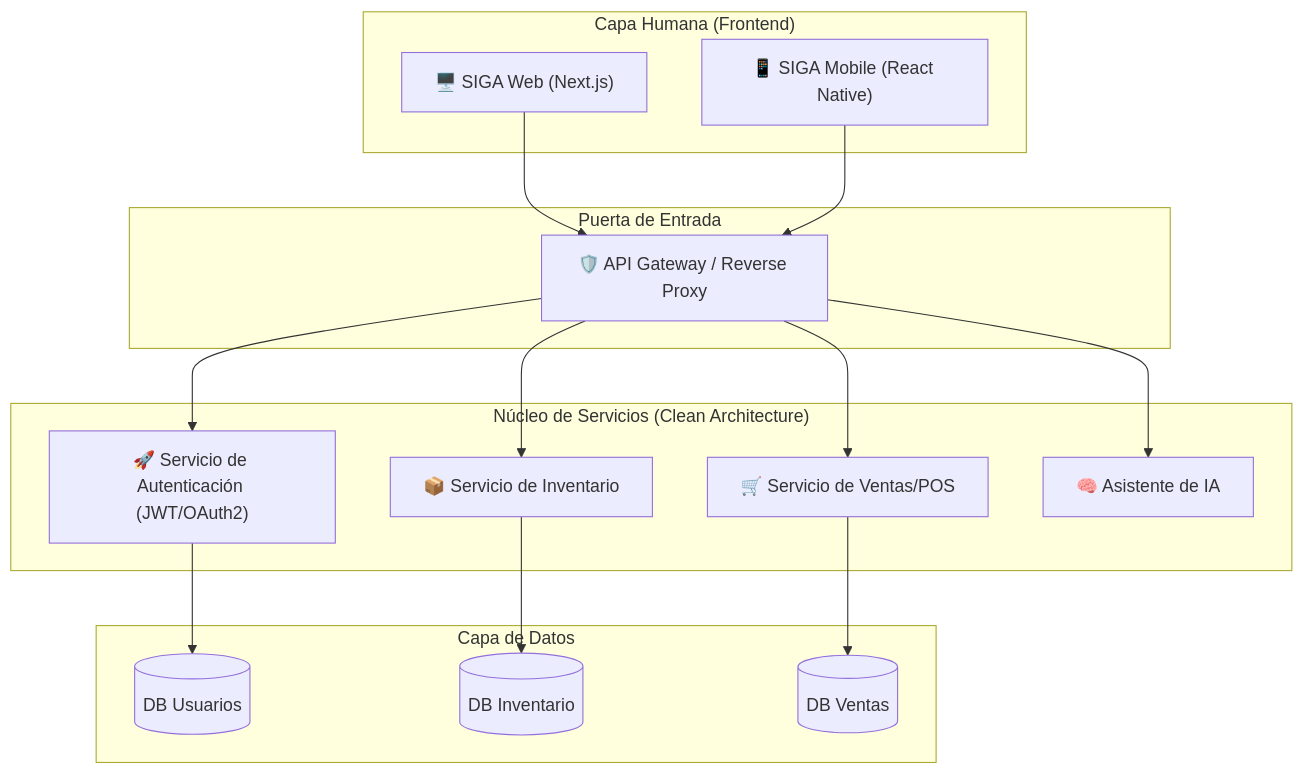
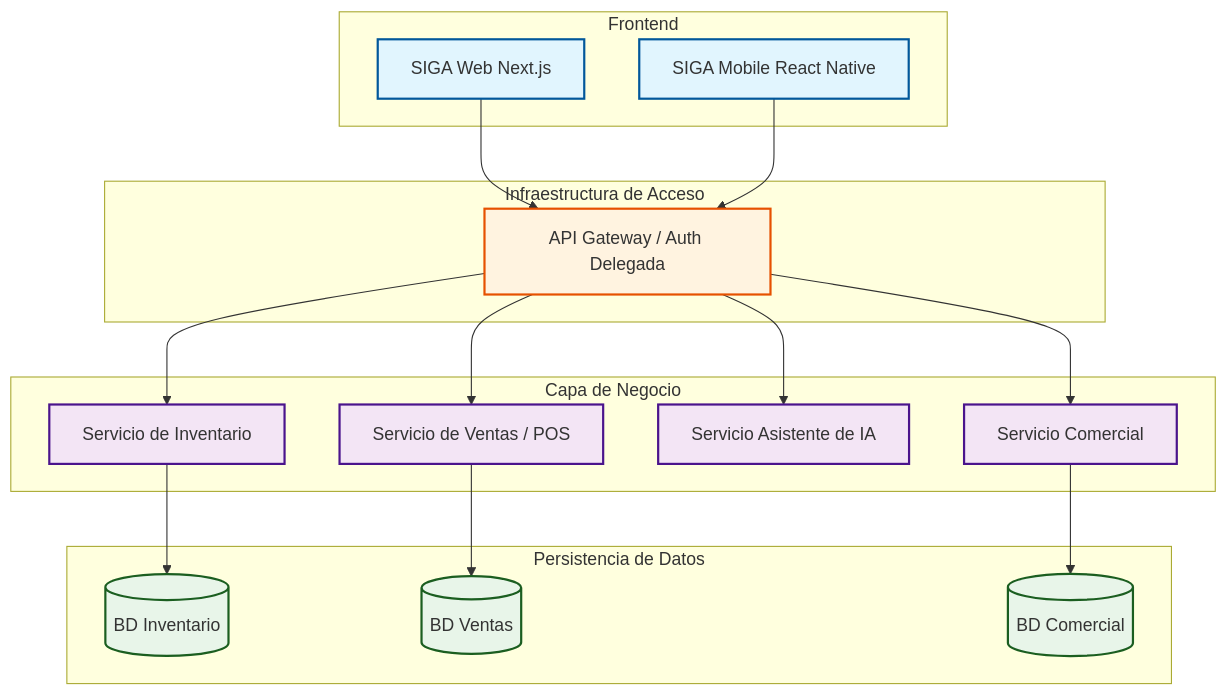
One commit to HecAguilaV/SIGA changed the diagram in arquitectura-agentica/DIAGRAMA_SISTEMA.md. Above: the diagram before and after it, drawn with Mermaid. The commit also changed other lines of this file and 5 other files, not shown here.

````diff
--- a/arquitectura-agentica/DIAGRAMA_SISTEMA.md
+++ b/arquitectura-agentica/DIAGRAMA_SISTEMA.md
@@ -7,36 +7,44 @@
 ```mermaid
 graph TD
-    subgraph Cliente ["Capa Humana (Frontend)"]
-        Web["🖥️ SIGA Web (Next.js)"]
-        Mobile["📱 SIGA Mobile (React Native)"]
+    %% Definicion de Estilos
+    classDef default fill:#f9f9f9,stroke:#333,stroke-width:1px;
+    classDef frontend fill:#e1f5fe,stroke:#01579b,stroke-width:2px;
+    classDef gateway fill:#fff3e0,stroke:#e65100,stroke-width:2px;
+    classDef service fill:#f3e5f5,stroke:#4a148c,stroke-width:2px;
+    classDef database fill:#e8f5e9,stroke:#1b5e20,stroke-width:2px;
+
+    subgraph Cliente [Frontend]
+        Web[SIGA Web Next.js]:::frontend
+        Mobile[SIGA Mobile React Native]:::frontend
     end
 
-    subgraph Puerta ["Puerta de Entrada"]
-        Gateway["🛡️ API Gateway / Reverse Proxy"]
+    subgraph Infraestructura [Infraestructura de Acceso]
+        Gateway[API Gateway / Auth Delegada]:::gateway
     end
 
-    subgraph Servicios ["Núcleo de Servicios (Clean Architecture)"]
-        Auth["🚀 Servicio de Autenticación (JWT/OAuth2)"]
-        Inv["📦 Servicio de Inventario"]
-        Ventas["🛒 Servicio de Ventas/POS"]
-        IA["🧠 Asistente de IA"]
+    subgraph Servicios [Capa de Negocio]
+        Inv[Servicio de Inventario]:::service
+        Ventas[Servicio de Ventas / POS]:::service
+        IA[Servicio Asistente de IA]:::service
+        Com[Servicio Comercial]:::service
     end
 
-    subgraph Persistencia ["Capa de Datos"]
-        DB_Auth[(DB Usuarios)]
-        DB_Inv[(DB Inventario)]
-        DB_Ventas[(DB Ventas)]
+    subgraph Persistencia [Persistencia de Datos]
+        DB_Inv[(BD Inventario)]:::database
+        DB_Ventas[(BD Ventas)]:::database
+        DB_Com[(BD Comercial)]:::database
     end
 
     %% Conexiones
     Web --> Gateway
     Mobile --> Gateway
-    Gateway --> Auth
+    
     Gateway --> Inv
     Gateway --> Ventas
     Gateway --> IA
+    Gateway --> Com
 
-    Auth --> DB_Auth
     Inv --> DB_Inv
     Ventas --> DB_Ventas
+    Com --> DB_Com
 ```
````
